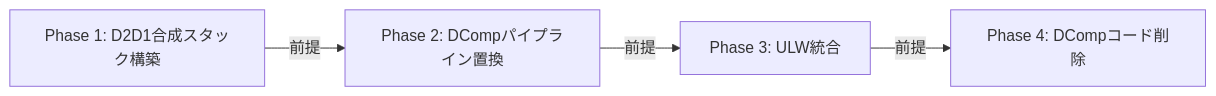
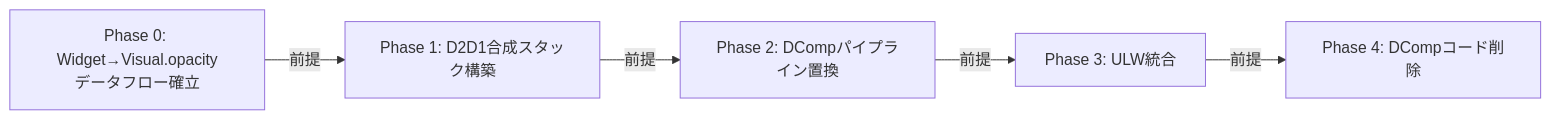
Before and after one commit to ekicyou/areka: the sixth of 6 diagrams in .kiro/specs/wintf-dcomp-to-layered-migration/design.md, drawn with Mermaid. The commit also changed other lines of this file and 13 other files, not shown here.

````diff
--- a/.kiro/specs/wintf-dcomp-to-layered-migration/design.md
+++ b/.kiro/specs/wintf-dcomp-to-layered-migration/design.md
@@ -727,11 +727,13 @@
 ```mermaid
 graph LR
+    P0[Phase 0: Widget→Visual.opacity<br/>データフロー確立]
     P1[Phase 1: D2D1合成スタック構築]
     P2[Phase 2: DCompパイプライン置換]
     P3[Phase 3: ULW統合]
     P4[Phase 4: DCompコード削除]
 
+    P0 -->|前提| P1
     P1 -->|前提| P2
     P2 -->|前提| P3
     P3 -->|前提| P4
 ```
````
